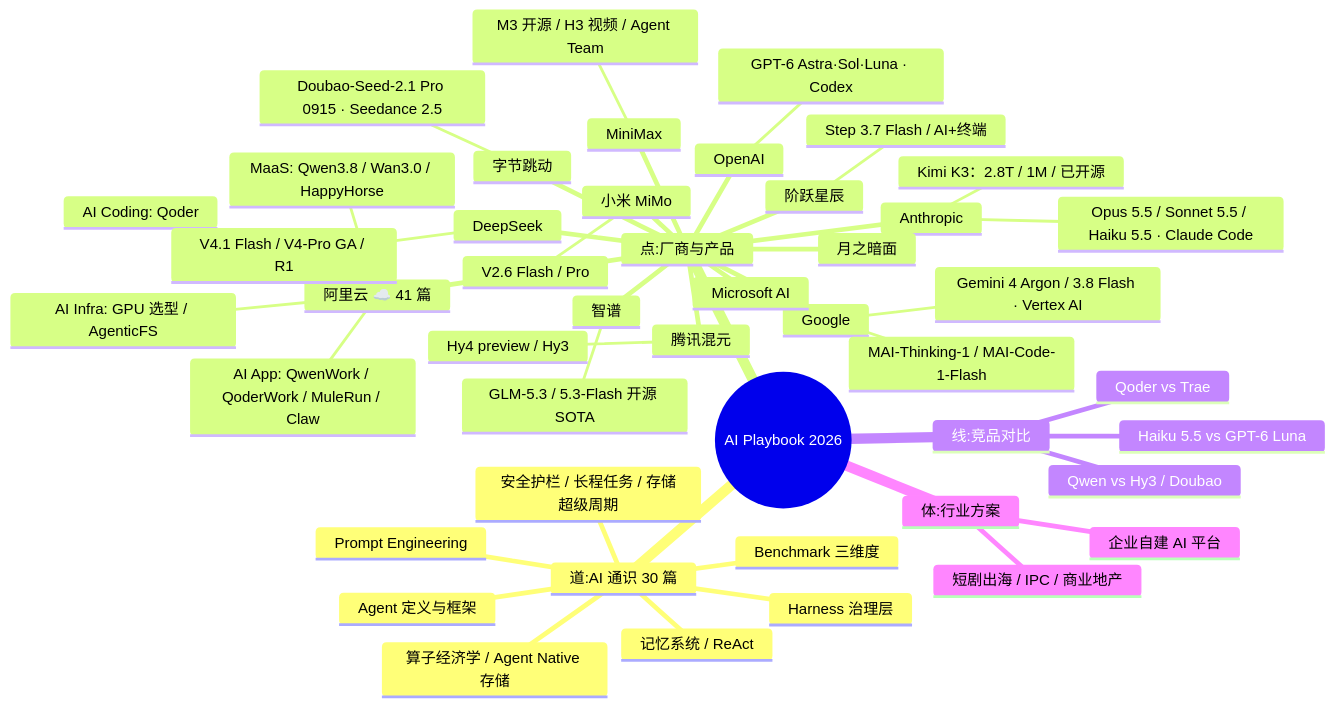
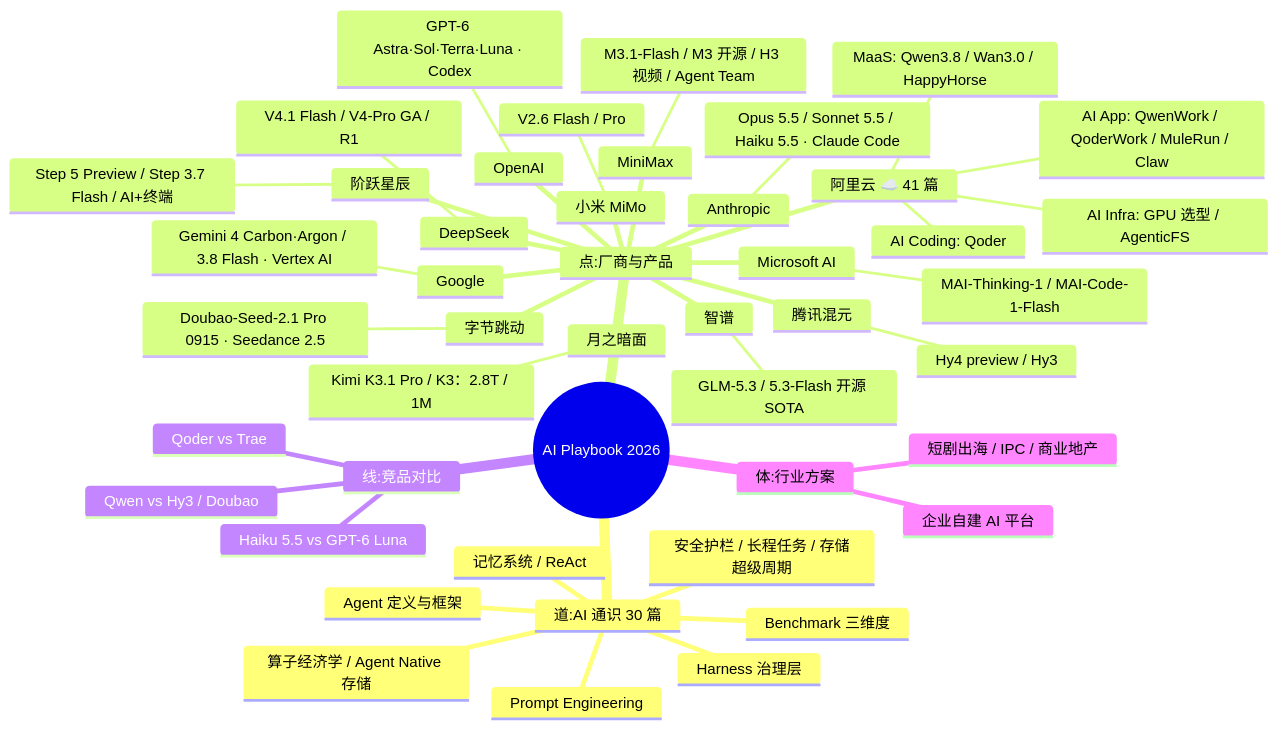
One commit to EthanNiWorld/ai-playbook-2026 changed the first of 2 diagrams in README.md. Above: the diagram before and after it, drawn with Mermaid. The commit also changed other lines of this file and 52 other files, not shown here.

````diff
--- a/README.md
+++ b/README.md
@@ -151,49 +151,49 @@
 ```mermaid
 mindmap
   root((AI Playbook 2026))
     道:AI 通识 30 篇
       Agent 定义与框架
       Harness 治理层
       Prompt Engineering
       Benchmark 三维度
       记忆系统 / ReAct
       安全护栏 / 长程任务 / 存储超级周期
       算子经济学 / Agent Native 存储
     点:厂商与产品
       阿里云 ☁️ 41 篇
         MaaS: Qwen3.8 / Wan3.0 / HappyHorse
         AI Coding: Qoder
         AI App: QwenWork / QoderWork / MuleRun / Claw
         AI Infra: GPU 选型 / AgenticFS
       Anthropic
         Opus 5.5 / Sonnet 5.5 / Haiku 5.5 · Claude Code
       OpenAI
-        GPT-6 Astra·Sol·Luna · Codex
+        GPT-6 Astra·Sol·Terra·Luna · Codex
       Google
-        Gemini 4 Argon / 3.8 Flash · Vertex AI
+        Gemini 4 Carbon·Argon / 3.8 Flash · Vertex AI
       Microsoft AI
         MAI-Thinking-1 / MAI-Code-1-Flash
       DeepSeek
         V4.1 Flash / V4-Pro GA / R1
       智谱
         GLM-5.3 / 5.3-Flash 开源 SOTA
       月之暗面
-        Kimi K3：2.8T / 1M / 已开源
+        Kimi K3.1 Pro / K3：2.8T / 1M
       MiniMax
-        M3 开源 / H3 视频 / Agent Team
+        M3.1-Flash / M3 开源 / H3 视频 / Agent Team
       字节跳动
         Doubao-Seed-2.1 Pro 0915 · Seedance 2.5
       腾讯混元
         Hy4 preview / Hy3
       小米 MiMo
         V2.6 Flash / Pro
       阶跃星辰
-        Step 3.7 Flash / AI+终端
+        Step 5 Preview / Step 3.7 Flash / AI+终端
     线:竞品对比
       Qoder vs Trae
       Qwen vs Hy3 / Doubao
       Haiku 5.5 vs GPT-6 Luna
     体:行业方案
       企业自建 AI 平台
       短剧出海 / IPC / 商业地产
 ```
````
